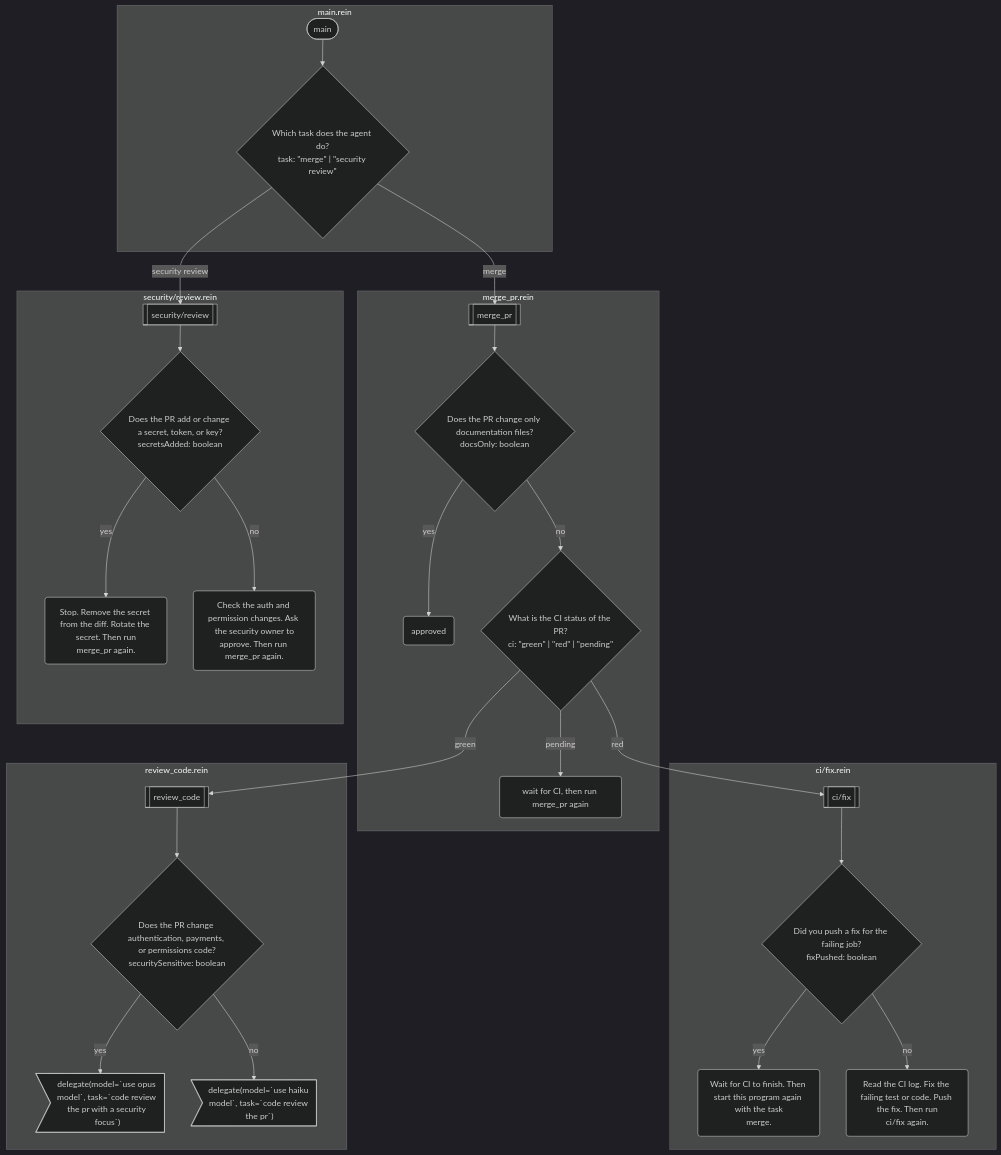
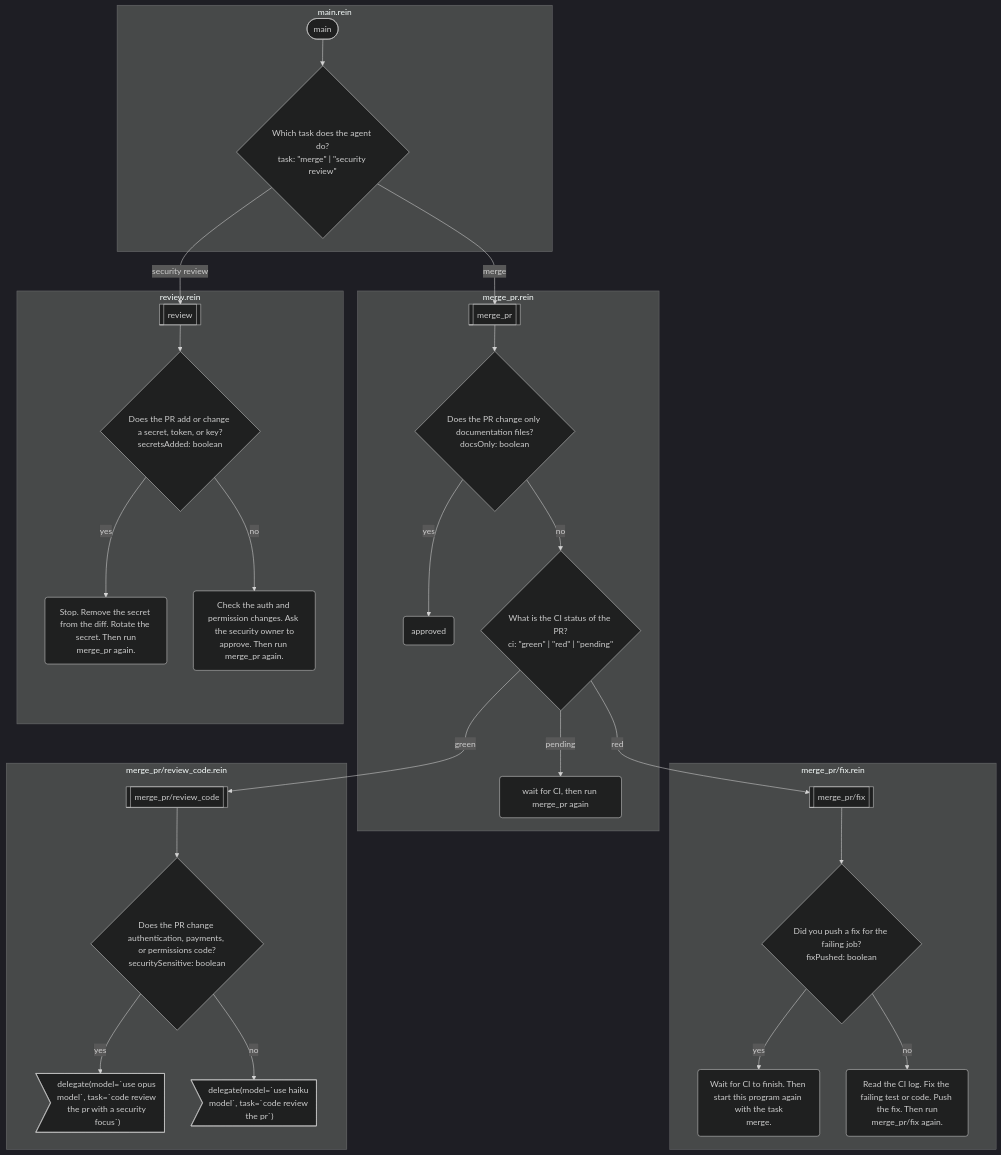
One commit to rein-lang/rein-lang.com changed the diagram in docs/examples/merge-pr.md. Above: the diagram before and after it, drawn with Mermaid (dark theme). The commit also changed other lines of this file and 3 other files, not shown here.

````diff
--- a/docs/examples/merge-pr.md
+++ b/docs/examples/merge-pr.md
@@ -11,50 +11,50 @@
 ```mermaid
 flowchart TD
-    subgraph s0 ["ci/fix.rein"]
-        f0[["ci/fix"]]
-        f0_0{"Did you push a fix for the failing job?<br/>fixPushed: boolean"}
-        f0_1("Wait for CI to finish. Then start this program again with the task<br/>merge.")
-        f0_2("Read the CI log. Fix the failing test or code. Push the fix. Then run<br/>ci/fix again.")
+    subgraph s0 ["main.rein"]
+        f0(["main"])
+        f0_0{"Which task does the agent do?<br/>task: #quot;merge#quot; | #quot;security review#quot;"}
     end
-    subgraph s1 ["main.rein"]
-        f1(["main"])
-        f1_0{"Which task does the agent do?<br/>task: #quot;merge#quot; | #quot;security review#quot;"}
+    subgraph s1 ["merge_pr.rein"]
+        f1[["merge_pr"]]
+        f1_0{"Does the PR change only documentation files?<br/>docsOnly: boolean"}
+        f1_1("approved")
+        f1_2{"What is the CI status of the PR?<br/>ci: #quot;green#quot; | #quot;red#quot; | #quot;pending#quot;"}
+        f1_3("wait for CI, then run merge_pr again")
     end
-    subgraph s2 ["merge_pr.rein"]
-        f2[["merge_pr"]]
-        f2_0{"Does the PR change only documentation files?<br/>docsOnly: boolean"}
-        f2_1("approved")
-        f2_2{"What is the CI status of the PR?<br/>ci: #quot;green#quot; | #quot;red#quot; | #quot;pending#quot;"}
-        f2_3("wait for CI, then run merge_pr again")
+    subgraph s2 ["merge_pr/fix.rein"]
+        f2[["merge_pr/fix"]]
+        f2_0{"Did you push a fix for the failing job?<br/>fixPushed: boolean"}
+        f2_1("Wait for CI to finish. Then start this program again with the task<br/>merge.")
+        f2_2("Read the CI log. Fix the failing test or code. Push the fix. Then run<br/>merge_pr/fix again.")
     end
-    subgraph s3 ["review_code.rein"]
-        f3[["review_code"]]
+    subgraph s3 ["merge_pr/review_code.rein"]
+        f3[["merge_pr/review_code"]]
         f3_0{"Does the PR change authentication, payments, or permissions code?<br/>securitySensitive: boolean"}
         f3_1>"delegate(model=#96;use opus model#96;, task=#96;code review the pr with a security focus#96;)"]
         f3_2>"delegate(model=#96;use haiku model#96;, task=#96;code review the pr#96;)"]
     end
-    subgraph s4 ["security/review.rein"]
-        f4[["security/review"]]
+    subgraph s4 ["review.rein"]
+        f4[["review"]]
         f4_0{"Does the PR add or change a secret, token, or key?<br/>secretsAdded: boolean"}
         f4_1("Stop. Remove the secret from the diff. Rotate the secret. Then run<br/>merge_pr again.")
         f4_2("Check the auth and permission changes. Ask the security owner to<br/>approve. Then run merge_pr again.")
     end
     f0 --> f0_0
-    f0_0 -->|"yes"| f0_1
-    f0_0 -->|"no"| f0_2
+    f0_0 -->|"merge"| f1
+    f0_0 -->|"security review"| f4
     f1 --> f1_0
-    f1_0 -->|"merge"| f2
-    f1_0 -->|"security review"| f4
+    f1_0 -->|"yes"| f1_1
+    f1_0 -->|"no"| f1_2
+    f1_2 -->|"green"| f3
+    f1_2 -->|"red"| f2
+    f1_2 -->|"pending"| f1_3
     f2 --> f2_0
     f2_0 -->|"yes"| f2_1
     f2_0 -->|"no"| f2_2
-    f2_2 -->|"green"| f3
-    f2_2 -->|"red"| f0
-    f2_2 -->|"pending"| f2_3
     f3 --> f3_0
     f3_0 -->|"yes"| f3_1
     f3_0 -->|"no"| f3_2
     f4 --> f4_0
     f4_0 -->|"yes"| f4_1
     f4_0 -->|"no"| f4_2
 ```
````
